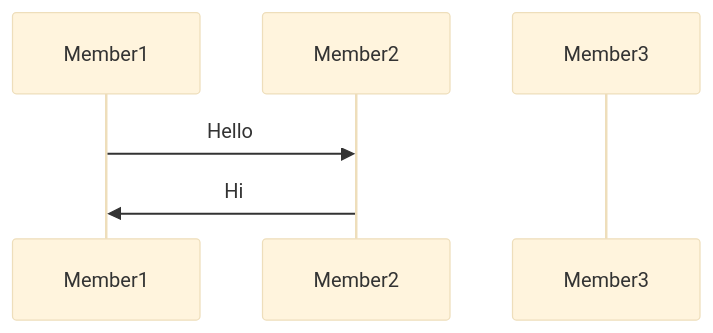
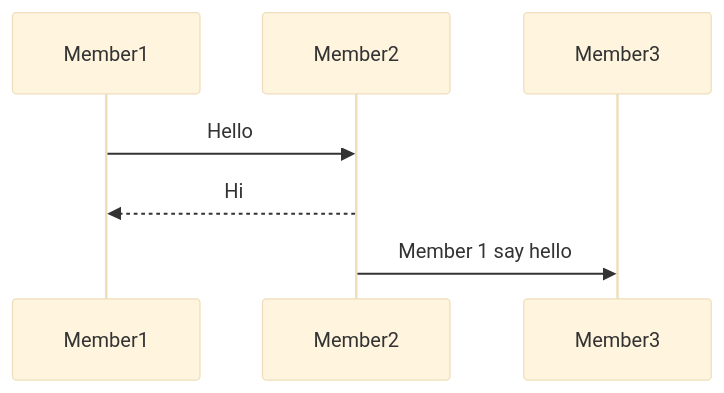
Before and after one commit to ppe21sirapat/practice-nest: the diagram in system-docs/seq-1.md, drawn with Mermaid (base theme). The commit also changed 24 other files, not shown here.

````diff
--- a/system-docs/seq-1.md
+++ b/system-docs/seq-1.md
@@ -1,9 +1,10 @@
 ```mermaid
 sequenceDiagram
     participant Member1
     participant Member2
     participant Member3
    
    Member1 ->> Member2 : Hello
-   Member2 ->> Member1 : Hi
+   Member2 -->> Member1 : Hi
+   Member2 ->> Member3 : Member 1 say hello
 ```
````
